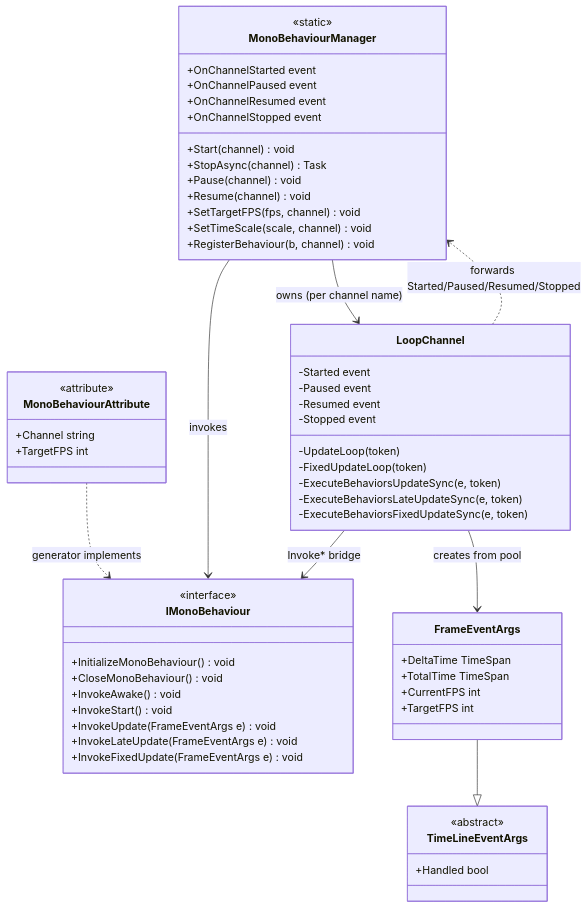
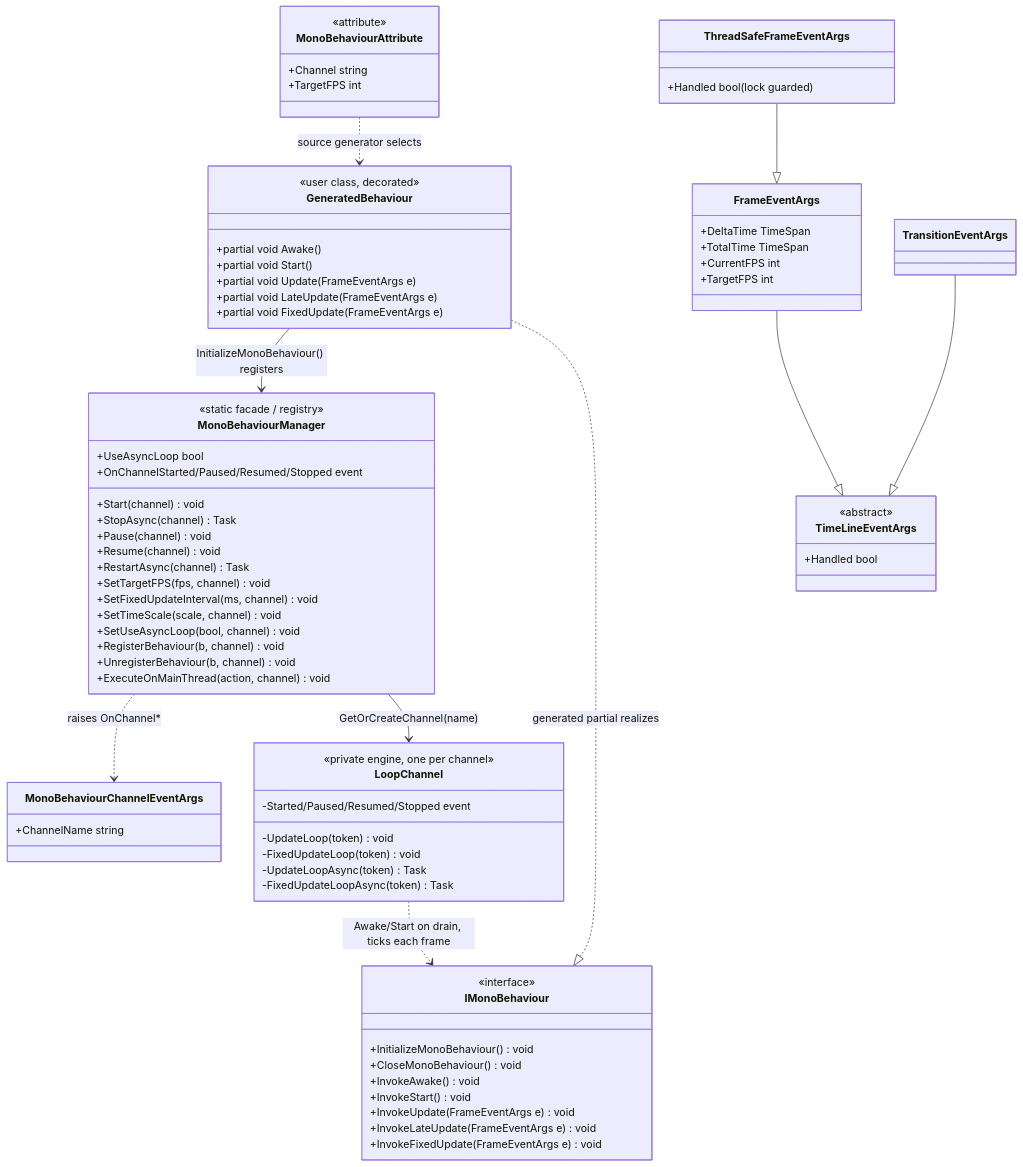
The diagram in src/CloudGlyph/Assets/Docs/content/en/3_SE_Analysis/02_design-patterns/06_monobehaviour/index.md (Axvser/VeloxDev.Docs), drawn with Mermaid before and after one commit. The commit also changed other lines of this file and 443 other files, not shown here.

````diff
--- a/src/CloudGlyph/Assets/Docs/content/en/3_SE_Analysis/02_design-patterns/06_monobehaviour/index.md
+++ b/src/CloudGlyph/Assets/Docs/content/en/3_SE_Analysis/02_design-patterns/06_monobehaviour/index.md
@@ -5,60 +5,78 @@
 ```mermaid
 classDiagram
     class MonoBehaviourAttribute {
         <<attribute>>
         +Channel string
         +TargetFPS int
+    }
+    class GeneratedBehaviour {
+        <<user class, decorated>>
+        +partial void Awake()
+        +partial void Start()
+        +partial void Update(FrameEventArgs e)
+        +partial void LateUpdate(FrameEventArgs e)
+        +partial void FixedUpdate(FrameEventArgs e)
     }
     class IMonoBehaviour {
         <<interface>>
         +InitializeMonoBehaviour() void
         +CloseMonoBehaviour() void
         +InvokeAwake() void
         +InvokeStart() void
         +InvokeUpdate(FrameEventArgs e) void
         +InvokeLateUpdate(FrameEventArgs e) void
         +InvokeFixedUpdate(FrameEventArgs e) void
     }
     class MonoBehaviourManager {
-        <<static>>
+        <<static facade / registry>>
+        +UseAsyncLoop bool
         +Start(channel) void
         +StopAsync(channel) Task
         +Pause(channel) void
         +Resume(channel) void
+        +RestartAsync(channel) Task
         +SetTargetFPS(fps, channel) void
+        +SetFixedUpdateInterval(ms, channel) void
         +SetTimeScale(scale, channel) void
+        +SetUseAsyncLoop(bool, channel) void
         +RegisterBehaviour(b, channel) void
-        +OnChannelStarted event
-        +OnChannelPaused event
-        +OnChannelResumed event
-        +OnChannelStopped event
+        +UnregisterBehaviour(b, channel) void
+        +ExecuteOnMainThread(action, channel) void
+        +OnChannelStarted/Paused/Resumed/Stopped event
     }
     class LoopChannel {
-        -UpdateLoop(token)
-        -FixedUpdateLoop(token)
-        -ExecuteBehaviorsUpdateSync(e, token)
-        -ExecuteBehaviorsLateUpdateSync(e, token)
-        -ExecuteBehaviorsFixedUpdateSync(e, token)
-        -Started event
-        -Paused event
-        -Resumed event
-        -Stopped event
+        <<private engine, one per channel>>
+        -UpdateLoop(token) void
+        -FixedUpdateLoop(token) void
+        -UpdateLoopAsync(token) Task
+        -FixedUpdateLoopAsync(token) Task
+        -Started/Paused/Resumed/Stopped event
     }
     class TimeLineEventArgs {
         <<abstract>>
         +Handled bool
     }
     class FrameEventArgs {
         +DeltaTime TimeSpan
         +TotalTime TimeSpan
         +CurrentFPS int
         +TargetFPS int
     }
-    MonoBehaviourAttribute ..> IMonoBehaviour : generator implements
-    MonoBehaviourManager --> LoopChannel : owns (per channel name)
-    MonoBehaviourManager --> IMonoBehaviour : invokes
-    LoopChannel --> IMonoBehaviour : Invoke* bridge
-    LoopChannel --> FrameEventArgs : creates from pool
+    class ThreadSafeFrameEventArgs {
+        +Handled bool (lock guarded)
+    }
+    class TransitionEventArgs
+    class MonoBehaviourChannelEventArgs {
+        +ChannelName string
+    }
+
+    MonoBehaviourAttribute ..> GeneratedBehaviour : source generator selects
+    GeneratedBehaviour ..|> IMonoBehaviour : generated partial realizes
+    GeneratedBehaviour --> MonoBehaviourManager : InitializeMonoBehaviour() registers
+    MonoBehaviourManager --> LoopChannel : GetOrCreateChannel(name)
+    LoopChannel ..> IMonoBehaviour : Awake/Start on drain, ticks each frame
     FrameEventArgs --|> TimeLineEventArgs
-    LoopChannel ..> MonoBehaviourManager : forwards Started/Paused/Resumed/Stopped
+    ThreadSafeFrameEventArgs --|> FrameEventArgs
+    TransitionEventArgs --|> TimeLineEventArgs
+    MonoBehaviourManager ..> MonoBehaviourChannelEventArgs : raises OnChannel*
 ```
````
